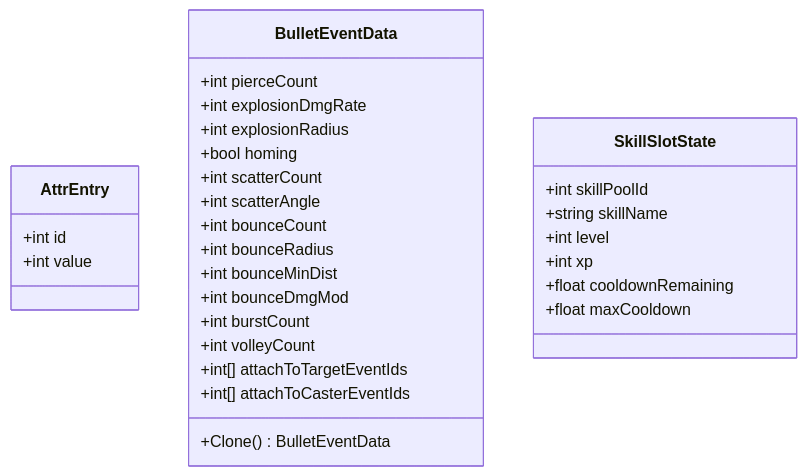
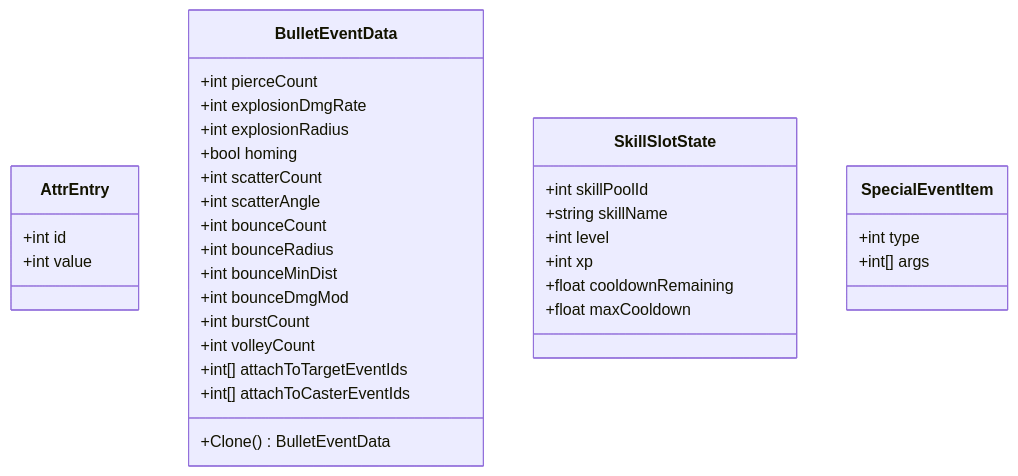
The fifth of 14 diagrams in .qoder/repowiki/zh/content/核心架构/游戏常量与类型.md (Tuusen/p1_client), drawn with Mermaid before and after one commit. The commit also changed other lines of this file and 29 other files, not shown here.

````diff
--- a/.qoder/repowiki/zh/content/核心架构/游戏常量与类型.md
+++ b/.qoder/repowiki/zh/content/核心架构/游戏常量与类型.md
@@ -203,32 +244,36 @@
 ```mermaid
 classDiagram
 class AttrEntry {
 +int id
 +int value
 }
 class BulletEventData {
 +int pierceCount
 +int explosionDmgRate
 +int explosionRadius
 +bool homing
 +int scatterCount
 +int scatterAngle
 +int bounceCount
 +int bounceRadius
 +int bounceMinDist
 +int bounceDmgMod
 +int burstCount
 +int volleyCount
 +int[] attachToTargetEventIds
 +int[] attachToCasterEventIds
 +Clone() BulletEventData
 }
 class SkillSlotState {
 +int skillPoolId
 +string skillName
 +int level
 +int xp
 +float cooldownRemaining
 +float maxCooldown
 }
+class SpecialEventItem {
++int type
++int[] args
+}
 ```
````
